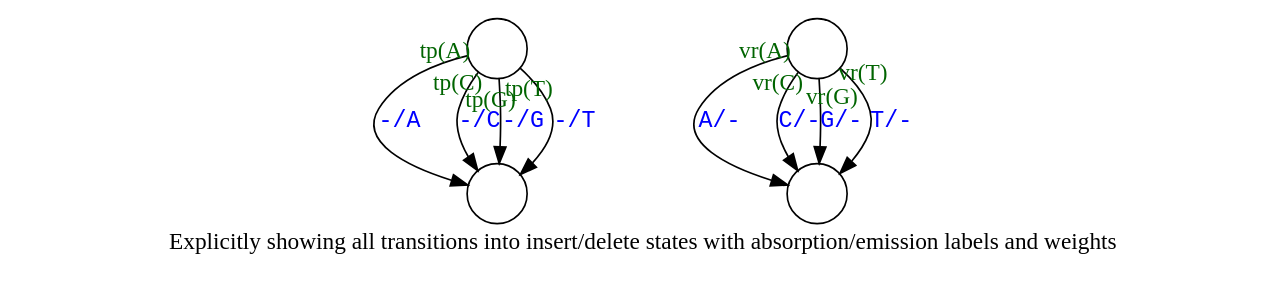
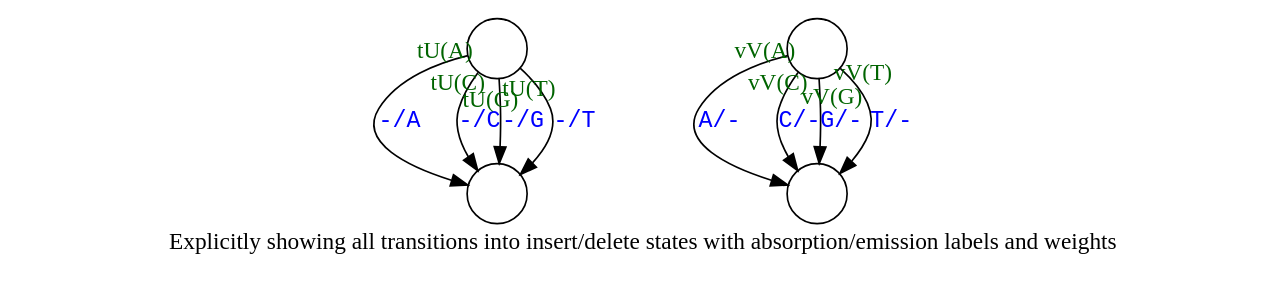
The diagram in fanned-indel.dot (ihh/transducer-tutorial), drawn with Graphviz before and after one commit. The commit also changed 6 other files, not shown here.

```diff
--- a/fanned-indel.dot
+++ b/fanned-indel.dot
@@ -1,22 +1,22 @@
 digraph G {
 
     S [label="", shape=circle];
 
     I [label="", shape=circle];
 
     X [label="", shape=circle];
 
     D [label="", shape=circle];
 
-S->I [label="-/A" taillabel="tp(A)" labeldistance=1.4 fontcolor="blue" labelfontcolor="black" fontname="Courier" labelfontname="Times" labelfontcolor="darkgreen"];
-S->I [label="-/C" taillabel="tp(C)" labeldistance=1.4 fontcolor="blue" labelfontcolor="black" fontname="Courier" labelfontname="Times" labelfontcolor="darkgreen"];
-S->I [label="-/G" taillabel="tp(G)" labeldistance=1.4 fontcolor="blue" labelfontcolor="black" fontname="Courier" labelfontname="Times" labelfontcolor="darkgreen"];
-S->I [label="-/T" taillabel="tp(T)" labeldistance=1.4 fontcolor="blue" labelfontcolor="black" fontname="Courier" labelfontname="Times" labelfontcolor="darkgreen"];
+S->I [label="-/A" taillabel="tU(A)" labeldistance=1.4 fontcolor="blue" labelfontcolor="black" fontname="Courier" labelfontname="Times" labelfontcolor="darkgreen"];
+S->I [label="-/C" taillabel="tU(C)" labeldistance=1.4 fontcolor="blue" labelfontcolor="black" fontname="Courier" labelfontname="Times" labelfontcolor="darkgreen"];
+S->I [label="-/G" taillabel="tU(G)" labeldistance=1.4 fontcolor="blue" labelfontcolor="black" fontname="Courier" labelfontname="Times" labelfontcolor="darkgreen"];
+S->I [label="-/T" taillabel="tU(T)" labeldistance=1.4 fontcolor="blue" labelfontcolor="black" fontname="Courier" labelfontname="Times" labelfontcolor="darkgreen"];
 
-X->D [label="A/-" taillabel="vr(A)" labeldistance=1.4 fontcolor="blue" labelfontcolor="black" fontname="Courier" labelfontname="Times" labelfontcolor="darkgreen"];
-X->D [label="C/-" taillabel="vr(C)" labeldistance=1.4 fontcolor="blue" labelfontcolor="black" fontname="Courier" labelfontname="Times" labelfontcolor="darkgreen"];
-X->D [label="G/-" taillabel="vr(G)" labelangle=30 labeldistance=1.4 fontcolor="blue" labelfontcolor="black" fontname="Courier" labelfontname="Times" labelfontcolor="darkgreen"];
-X->D [label="T/-" taillabel="vr(T)" labelangle=30 labeldistance=1.4 fontcolor="blue" labelfontcolor="black" fontname="Courier" labelfontname="Times" labelfontcolor="darkgreen"];
+X->D [label="A/-" taillabel="vV(A)" labeldistance=1.4 fontcolor="blue" labelfontcolor="black" fontname="Courier" labelfontname="Times" labelfontcolor="darkgreen"];
+X->D [label="C/-" taillabel="vV(C)" labeldistance=1.4 fontcolor="blue" labelfontcolor="black" fontname="Courier" labelfontname="Times" labelfontcolor="darkgreen"];
+X->D [label="G/-" taillabel="vV(G)" labelangle=30 labeldistance=1.4 fontcolor="blue" labelfontcolor="black" fontname="Courier" labelfontname="Times" labelfontcolor="darkgreen"];
+X->D [label="T/-" taillabel="vV(T)" labelangle=30 labeldistance=1.4 fontcolor="blue" labelfontcolor="black" fontname="Courier" labelfontname="Times" labelfontcolor="darkgreen"];
 
     label="Explicitly showing all transitions into insert/delete states with absorption/emission labels and weights";
 }
```
